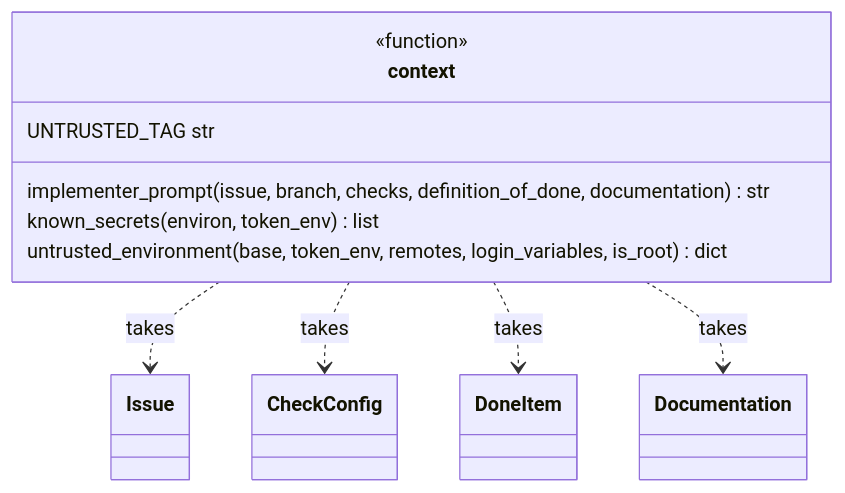
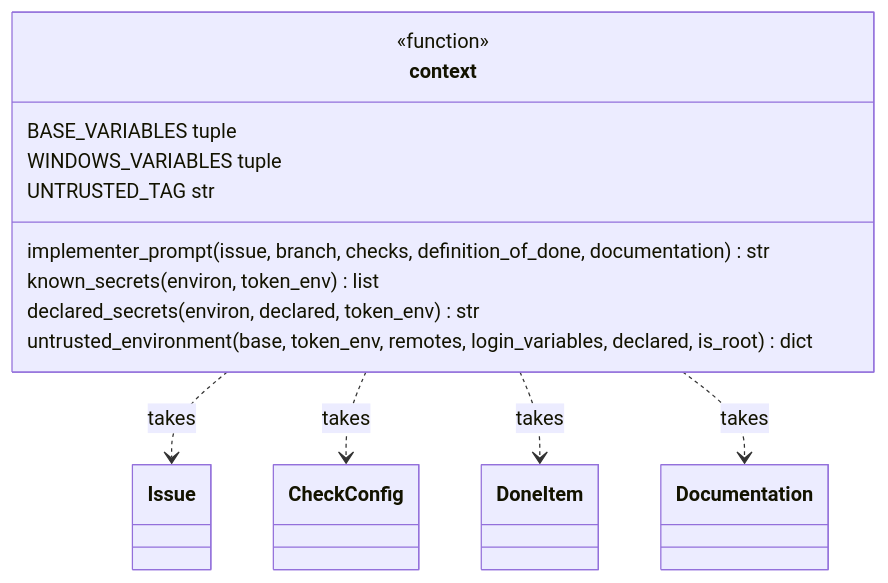
The second of 3 diagrams in docs/architecture/modules/context.md (plaplanche/ariane), drawn with Mermaid before and after one commit. The commit also changed other lines of this file and 20 other files, not shown here.

Commit message:
#168: Security hardening, behaviour change: an allow list of environment variables for agents and checks, plus [project] env (C21)

````diff
--- a/docs/architecture/modules/context.md
+++ b/docs/architecture/modules/context.md
@@ -46,18 +49,21 @@
 ```mermaid
 classDiagram
 class context {
   <<function>>
   implementer_prompt(issue, branch, checks, definition_of_done, documentation) str
   known_secrets(environ, token_env) list
-  untrusted_environment(base, token_env, remotes, login_variables, is_root) dict
+  declared_secrets(environ, declared, token_env) str
+  untrusted_environment(base, token_env, remotes, login_variables, declared, is_root) dict
+  BASE_VARIABLES tuple
+  WINDOWS_VARIABLES tuple
   UNTRUSTED_TAG str
 }
 class Issue
 class CheckConfig
 class DoneItem
 class Documentation
 context ..> Issue : takes
 context ..> CheckConfig : takes
 context ..> DoneItem : takes
 context ..> Documentation : takes
 ```
````
